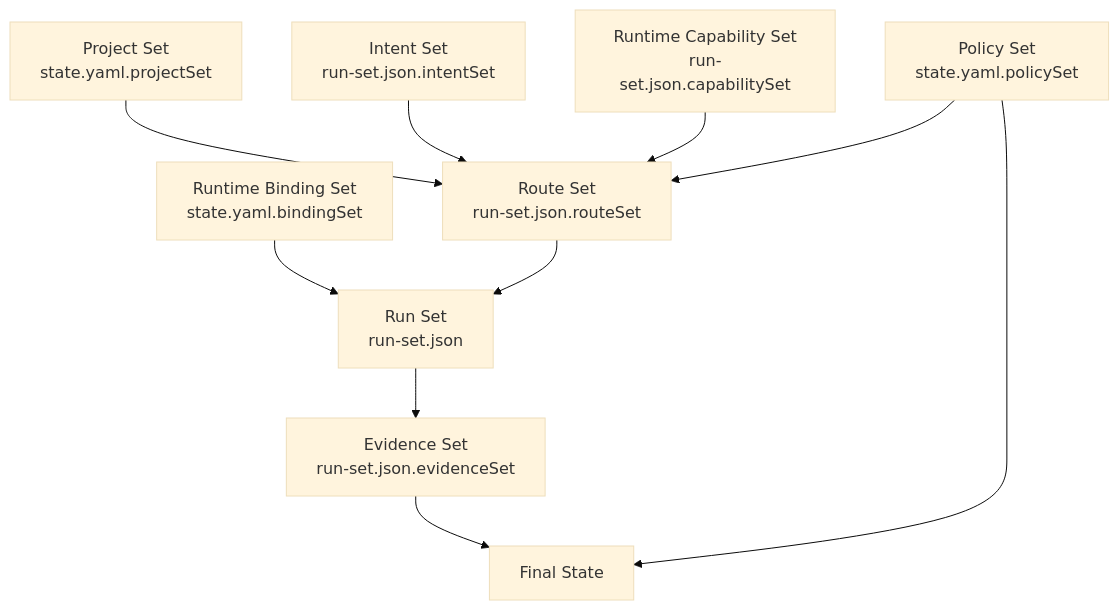
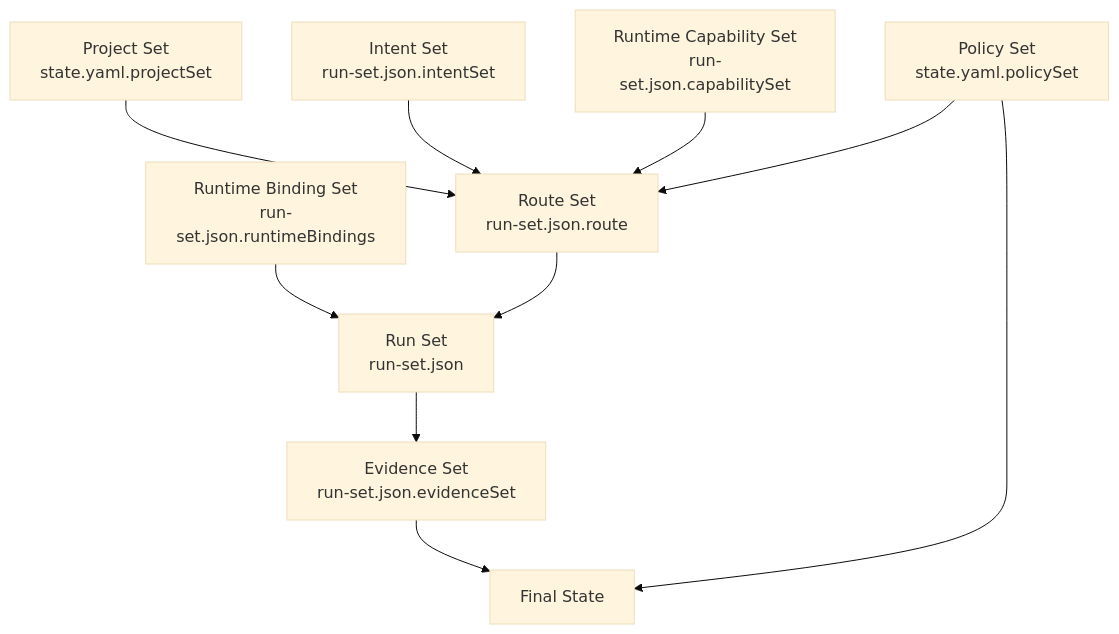
One commit to momomuchu/hima changed the diagram in docs/conception/03-rms-sets-schema.md. Above: the diagram before and after it, drawn with Mermaid (base theme). The commit also changed other lines of this file and 162 other files, not shown here.

````diff
--- a/docs/conception/03-rms-sets-schema.md
+++ b/docs/conception/03-rms-sets-schema.md
@@ -32,22 +32,22 @@
 ```mermaid
 flowchart TD
     PS[Project Set\nstate.yaml.projectSet]
     IS[Intent Set\nrun-set.json.intentSet]
     CS[Runtime Capability Set\nrun-set.json.capabilitySet]
     PL[Policy Set\nstate.yaml.policySet]
-    BS[Runtime Binding Set\nstate.yaml.bindingSet]
-    RS[Route Set\nrun-set.json.routeSet]
+    BS[Runtime Binding Set\nrun-set.json.runtimeBindings]
+    RS[Route Set\nrun-set.json.route]
     RN[Run Set\nrun-set.json]
     EV[Evidence Set\nrun-set.json.evidenceSet]
     FS[Final State]
 
     PS --> RS
     IS --> RS
     CS --> RS
     PL --> RS
     BS --> RN
     RS --> RN
     RN --> EV
     EV --> FS
     PL --> FS
 ```
````
